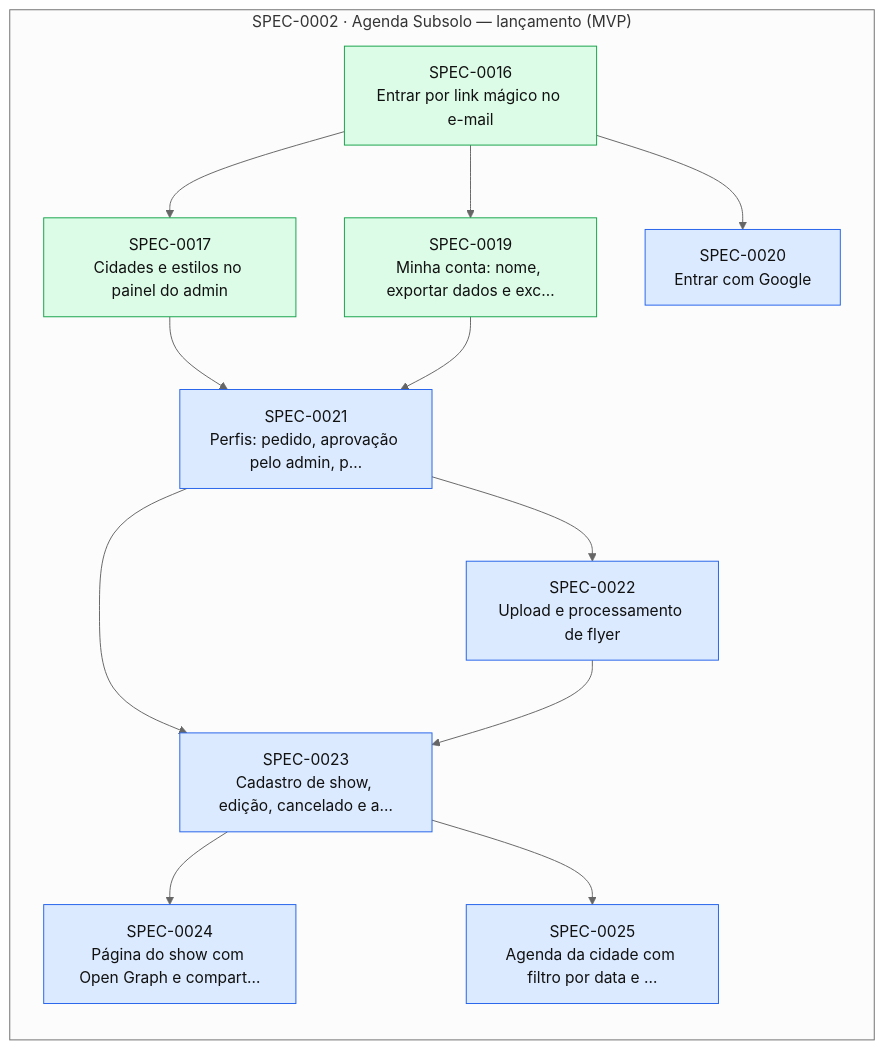
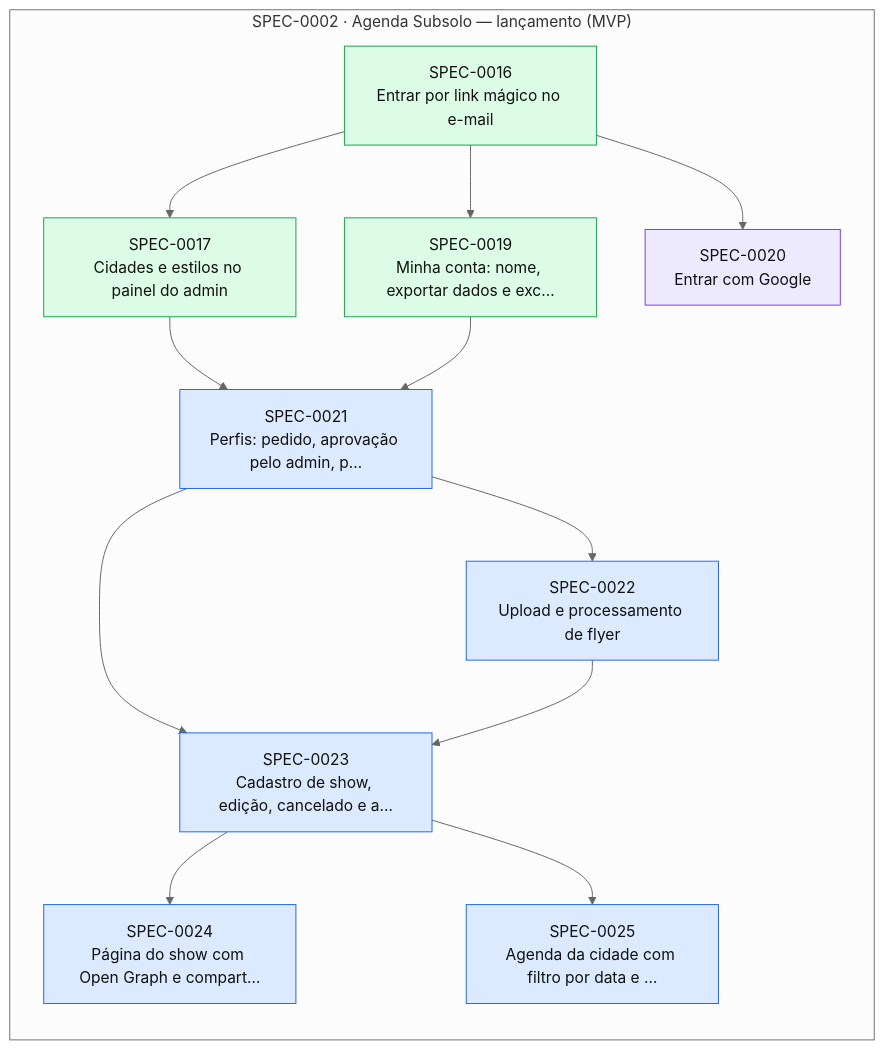
One commit to thomasravache/subsolo changed the diagram in docs/specs/INDEX.md. Above: the diagram before and after it, drawn with Mermaid (neutral theme). The commit also changed other lines of this file and 1 other file, not shown here.

First line of the commit message:
docs(sdd): start wave 6 (SPEC-0020)

````diff
--- a/docs/specs/INDEX.md
+++ b/docs/specs/INDEX.md
@@ -70,29 +70,29 @@
 ```mermaid
 flowchart LR
   subgraph E0002["SPEC-0002 · Agenda Subsolo — lançamento (MVP)"]
     S0016["SPEC-0016<br/>Entrar por link mágico no e-mail"]:::implemented
     S0017["SPEC-0017<br/>Cidades e estilos no painel do admin"]:::implemented
     S0019["SPEC-0019<br/>Minha conta: nome, exportar dados e exc…"]:::implemented
-    S0020["SPEC-0020<br/>Entrar com Google"]:::approved
+    S0020["SPEC-0020<br/>Entrar com Google"]:::inprogress
     S0021["SPEC-0021<br/>Perfis: pedido, aprovação pelo admin, p…"]:::approved
     S0022["SPEC-0022<br/>Upload e processamento de flyer"]:::approved
     S0023["SPEC-0023<br/>Cadastro de show, edição, cancelado e a…"]:::approved
     S0024["SPEC-0024<br/>Página do show com Open Graph e compart…"]:::approved
     S0025["SPEC-0025<br/>Agenda da cidade com filtro por data e …"]:::approved
   end
   S0016 --> S0017
   S0016 --> S0019
   S0016 --> S0020
   S0017 --> S0021
   S0019 --> S0021
   S0021 --> S0022
   S0021 --> S0023
   S0022 --> S0023
   S0023 --> S0024
   S0023 --> S0025
   classDef proposed fill:#fef3c7,stroke:#d97706,color:#111
   classDef approved fill:#dbeafe,stroke:#2563eb,color:#111
   classDef inprogress fill:#ede9fe,stroke:#7c3aed,color:#111
   classDef implemented fill:#dcfce7,stroke:#16a34a,color:#111
   classDef deprecated fill:#f3f4f6,stroke:#9ca3af,color:#6b7280
 ```
````
